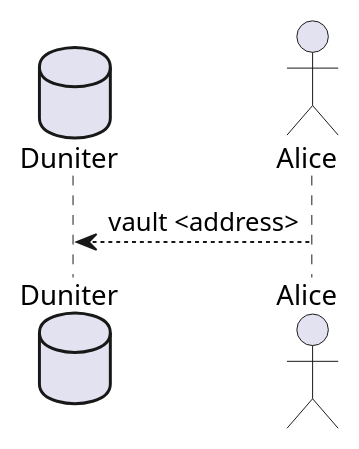
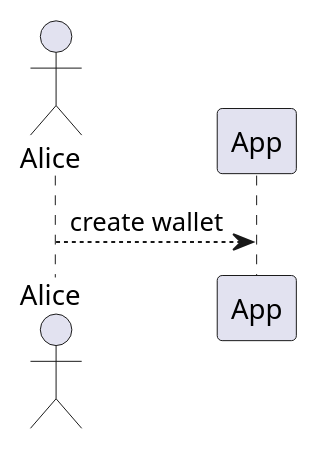
Before and after one commit to blavenie/presentations-monnaie-libre: the diagram in use-case/use-case-keys.puml, drawn with PlantUML. The commit also changed 2 other files, not shown here.

Commit message:
[fix] RML18 add architecture and slides

```diff
--- a/use-case/use-case-keys.puml
+++ b/use-case/use-case-keys.puml
@@ -1,10 +1,10 @@
 @startuml
 hide empty members
-database Duniter
+
 actor Alice
 
-Alice --> Duniter: vault <address>
+Alice --> App: create wallet
 
 
 
 @enduml
```
